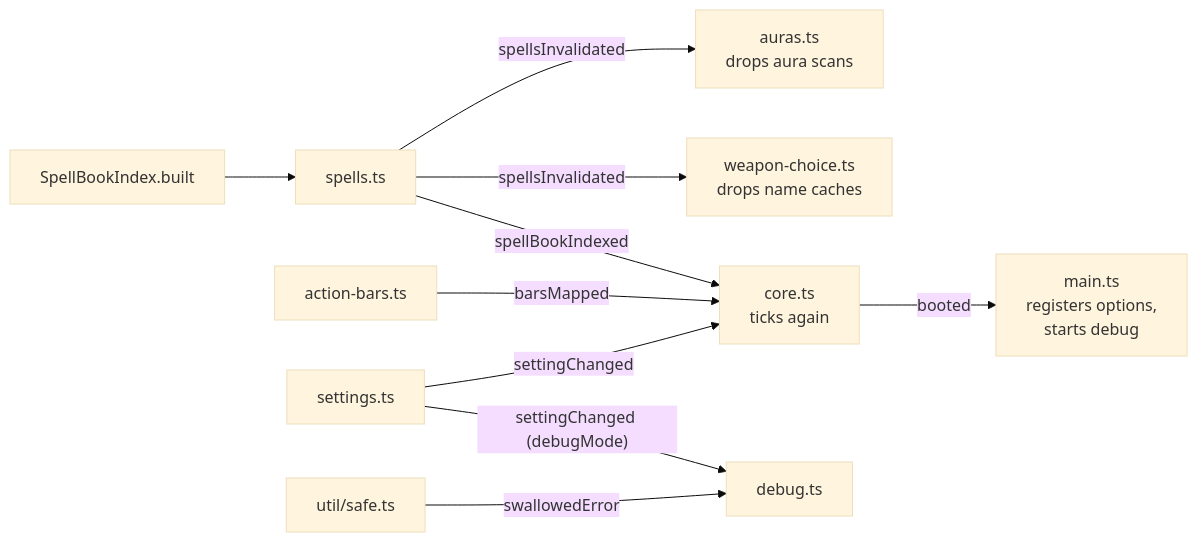
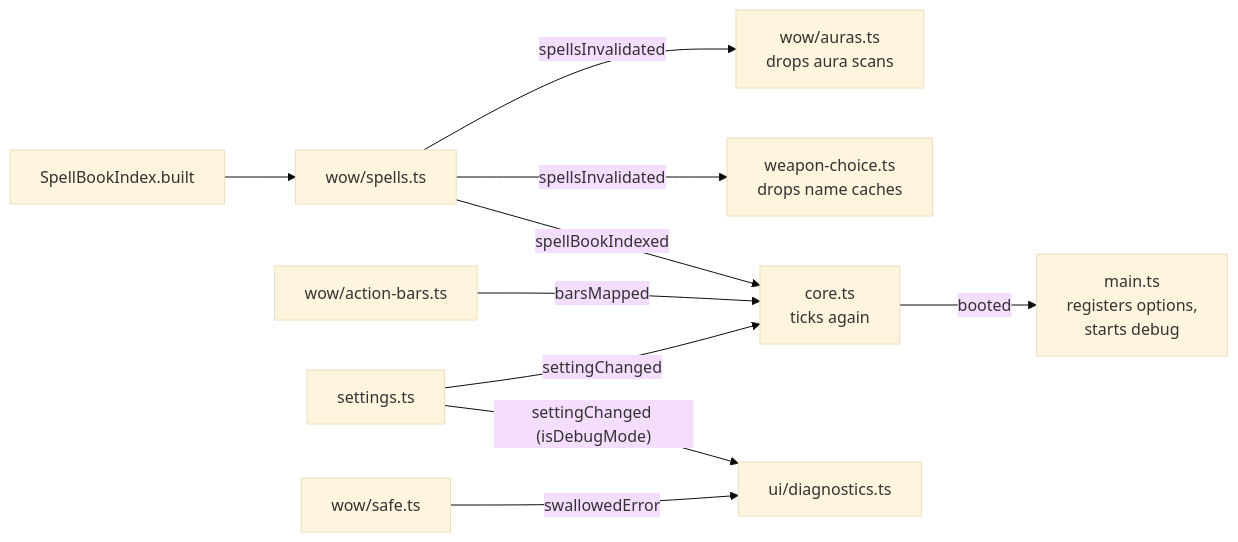
Before and after one commit to vattiss/wowkit: the third of 4 diagrams in docs/architecture.md, drawn with Mermaid (base theme). The commit also changed other lines of this file and 31 other files, not shown here.

````diff
--- a/docs/architecture.md
+++ b/docs/architecture.md
@@ -149,12 +108,12 @@
 ```mermaid
 flowchart LR
-    spellbook["SpellBookIndex.built"] --> spells["spells.ts"]
-    spells -- "spellsInvalidated" --> auras["auras.ts<br/>drops aura scans"]
+    spellbook["SpellBookIndex.built"] --> spells["wow/spells.ts"]
+    spells -- "spellsInvalidated" --> auras["wow/auras.ts<br/>drops aura scans"]
     spells -- "spellsInvalidated" --> weaponChoice["weapon-choice.ts<br/>drops name caches"]
     spells -- "spellBookIndexed" --> core["core.ts<br/>ticks again"]
-    actionBars["action-bars.ts"] -- "barsMapped" --> core
+    actionBars["wow/action-bars.ts"] -- "barsMapped" --> core
     settings["settings.ts"] -- "settingChanged" --> core
-    settings -- "settingChanged (debugMode)" --> debug["debug.ts"]
-    safe["util/safe.ts"] -- "swallowedError" --> debug
+    settings -- "settingChanged (isDebugMode)" --> diagnostics["ui/diagnostics.ts"]
+    safe["wow/safe.ts"] -- "swallowedError" --> diagnostics
     core -- "booted" --> main["main.ts<br/>registers options,<br/>starts debug"]
 ```
````
